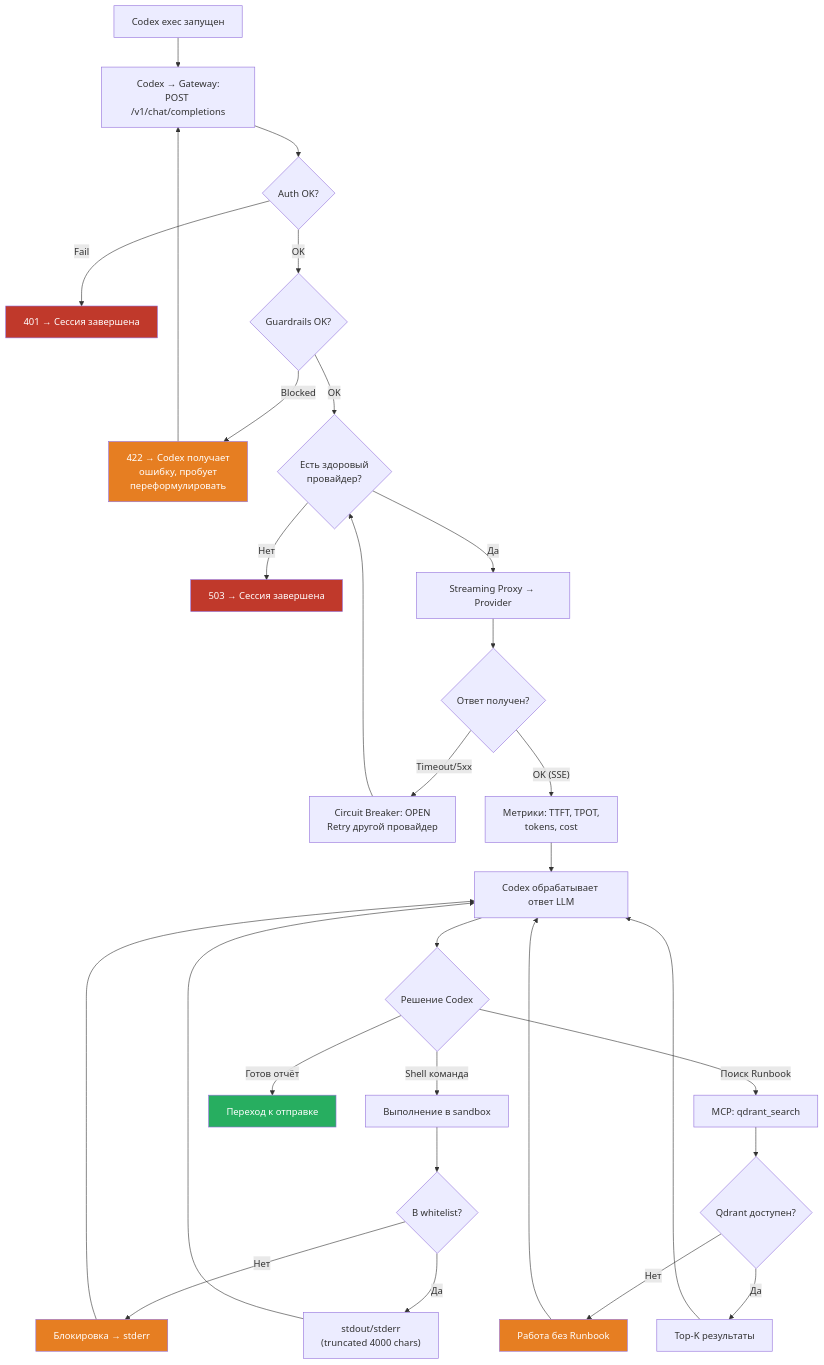
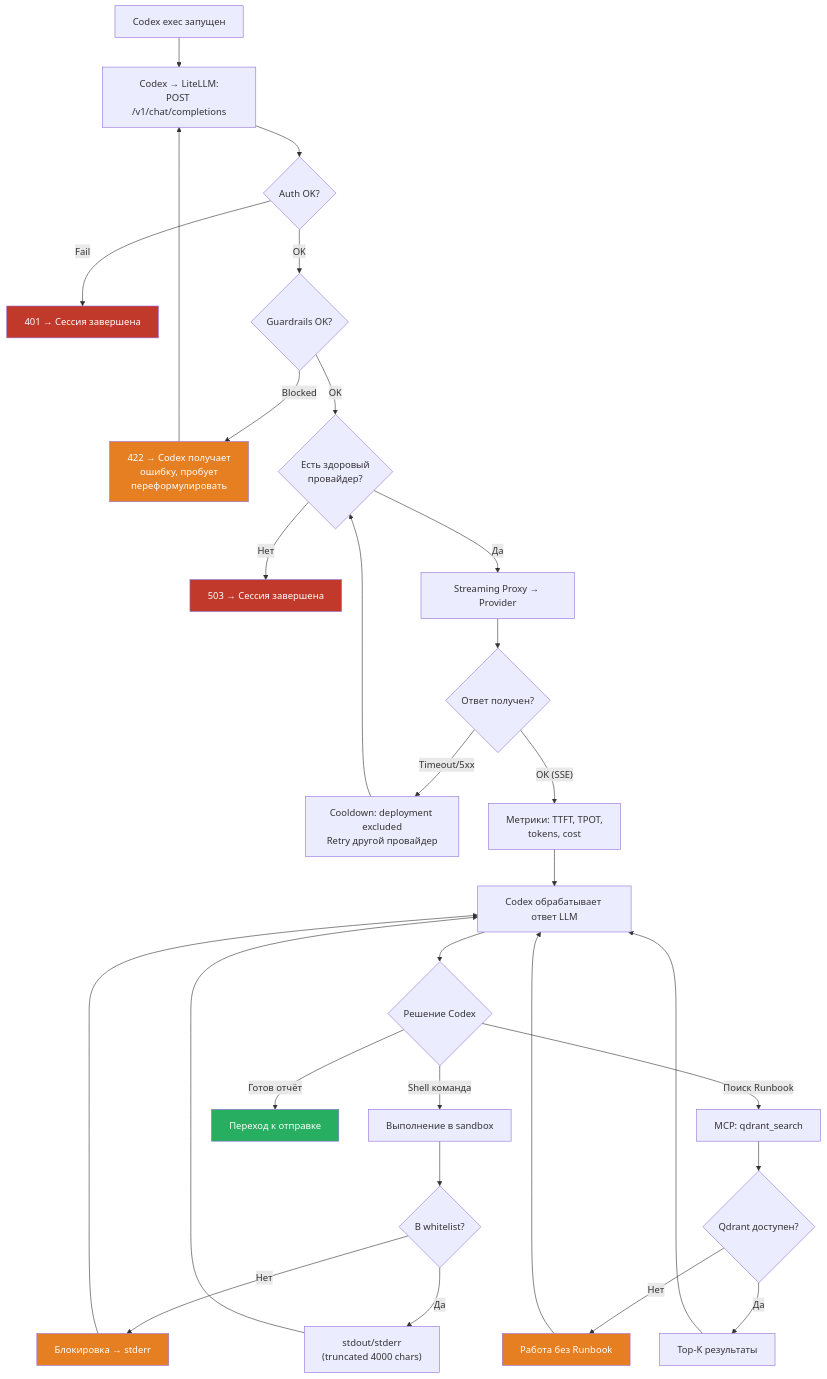
One commit to Ygrick/SRE-agent changed the second of 3 diagrams in docs/diagrams/workflow.md. Above: the diagram before and after it, drawn with Mermaid. The commit also changed 10 other files, not shown here.

Commit message:
Update documentation to reflect the integration of LiteLLM Proxy as the LLM API Gateway

````diff
--- a/docs/diagrams/workflow.md
+++ b/docs/diagrams/workflow.md
@@ -26,46 +26,46 @@
 ```mermaid
 flowchart TD
-    G["Codex exec запущен"] --> LLM["Codex → Gateway:<br/>POST /v1/chat/completions"]
+    G["Codex exec запущен"] --> LLM["Codex → LiteLLM:<br/>POST /v1/chat/completions"]
 
     LLM --> AUTH{"Auth OK?"}
     AUTH -- "Fail" --> AUTH_ERR["401 → Сессия завершена"]
     AUTH -- "OK" --> GR{"Guardrails OK?"}
     GR -- "Blocked" --> GR_ERR["422 → Codex получает<br/>ошибку, пробует<br/>переформулировать"]
     GR_ERR --> LLM
     GR -- "OK" --> ROUTE{"Есть здоровый<br/>провайдер?"}
 
     ROUTE -- "Нет" --> ROUTE_ERR["503 → Сессия завершена"]
     ROUTE -- "Да" --> PROXY["Streaming Proxy → Provider"]
 
     PROXY --> PROXY_OK{"Ответ получен?"}
-    PROXY_OK -- "Timeout/5xx" --> CB["Circuit Breaker: OPEN<br/>Retry другой провайдер"]
+    PROXY_OK -- "Timeout/5xx" --> CB["Cooldown: deployment excluded<br/>Retry другой провайдер"]
     CB --> ROUTE
     PROXY_OK -- "OK (SSE)" --> METRICS["Метрики: TTFT, TPOT,<br/>tokens, cost"]
 
     METRICS --> CODEX["Codex обрабатывает ответ LLM"]
 
     CODEX --> DECISION{"Решение Codex"}
 
     DECISION -- "Shell команда" --> SHELL["Выполнение в sandbox"]
     SHELL --> WL{"В whitelist?"}
     WL -- "Нет" --> BLOCKED["Блокировка → stderr"]
     WL -- "Да" --> EXEC["stdout/stderr<br/>(truncated 4000 chars)"]
     BLOCKED --> CODEX
     EXEC --> CODEX
 
     DECISION -- "Поиск Runbook" --> QDRANT["MCP: qdrant_search"]
     QDRANT --> QD_OK{"Qdrant доступен?"}
     QD_OK -- "Нет" --> QD_SKIP["Работа без Runbook"]
     QD_OK -- "Да" --> QD_RES["Top-K результаты"]
     QD_SKIP --> CODEX
     QD_RES --> CODEX
 
     DECISION -- "Готов отчёт" --> REPORT["Переход к отправке"]
 
     style AUTH_ERR fill:#c0392b,color:#fff
     style ROUTE_ERR fill:#c0392b,color:#fff
     style GR_ERR fill:#e67e22,color:#fff
     style BLOCKED fill:#e67e22,color:#fff
     style QD_SKIP fill:#e67e22,color:#fff
     style REPORT fill:#27ae60,color:#fff
 ```
````
